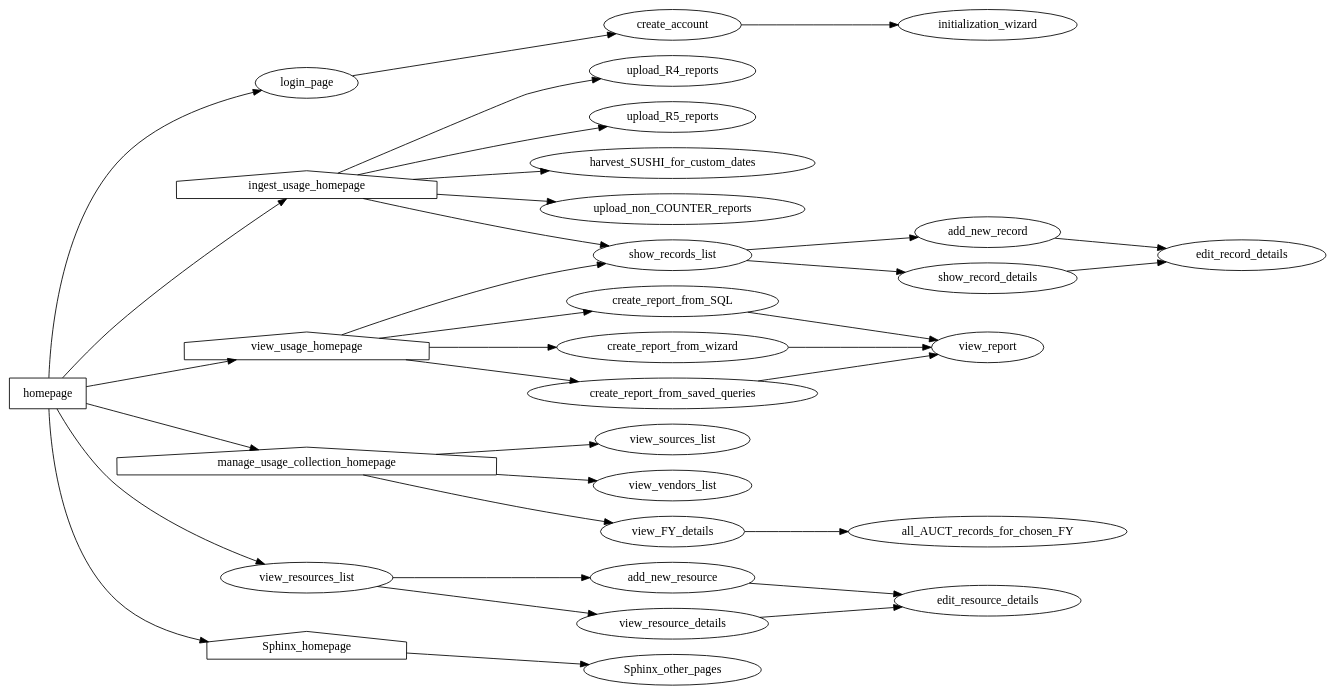
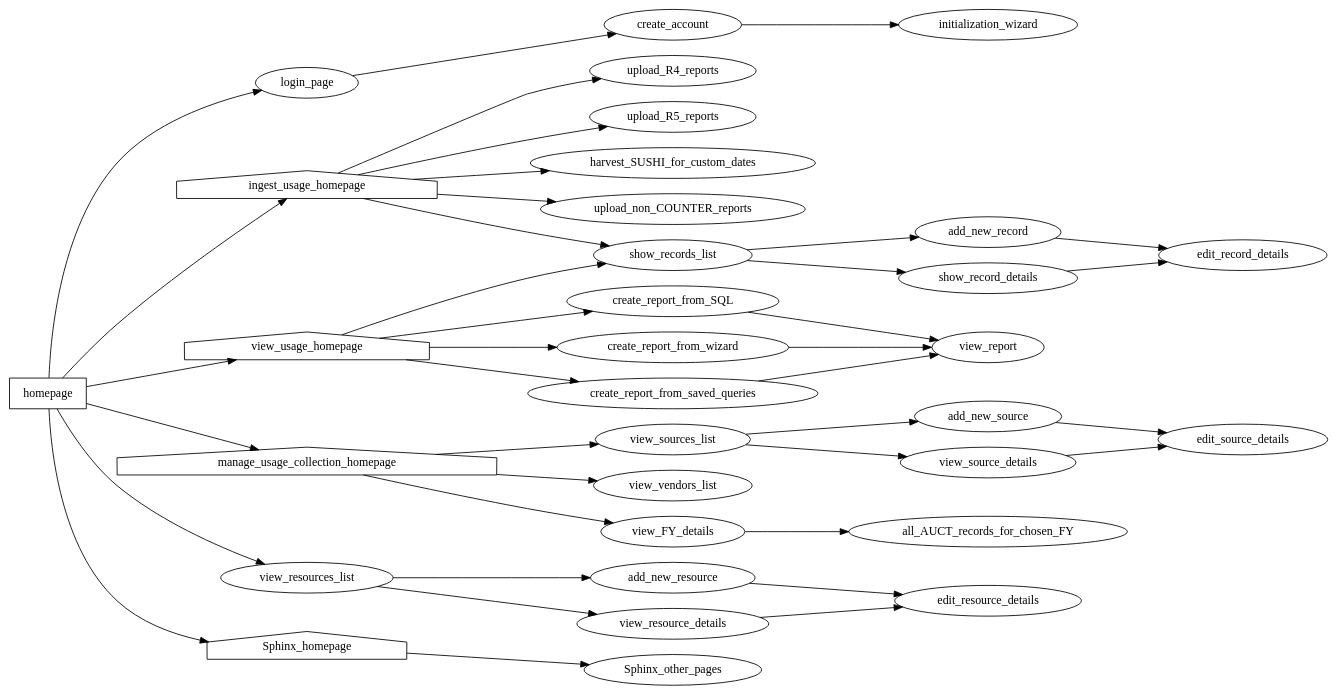
The diagram in docs/source/sitemap.dot (ereiskind/nolcat), drawn with Graphviz before and after one commit. The commit also changed 2 other files, not shown here.

Commit message:
Create `view_sources` blueprint

```diff
--- a/docs/source/sitemap.dot
+++ b/docs/source/sitemap.dot
@@ -1,108 +1,120 @@
 digraph nolcat_sitemap {
     /* *** NoLCAT SITEMAP *** */
     rankdir=LR
 
 
     /* *** Main NoLCAT Folder *** */
     homepage [shape="box"]
         homepage -> login_page
         homepage -> ingest_usage_homepage
         homepage -> manage_usage_collection_homepage
         homepage -> view_resources_list
         homepage -> view_usage_homepage
         homepage -> Sphinx_homepage
     
 
     /* *** `login` Blueprint *** */
     login_page
         login_page -> create_account
     // Account creation may not be needed--a single set of credentials for each user type may be created instead
     create_account
         create_account -> initialization_wizard // Page in `ingest` section; linkage because program will request data for database initialization upon creation of first account
     // And any other pages needed for authentication
 
 
     /* *** `initialization` Blueprint *** */
     initialization_wizard
 
 
     /* *** `ingest_usage` Blueprint *** */
     ingest_usage_homepage [shape="house"]
         ingest_usage_homepage -> upload_R4_reports
         ingest_usage_homepage -> upload_R5_reports
         ingest_usage_homepage -> harvest_SUSHI_for_custom_dates
         ingest_usage_homepage -> upload_non_COUNTER_reports
     upload_R4_reports
     upload_R5_reports
     harvest_SUSHI_for_custom_dates
     upload_non_COUNTER_reports
 
 
     /* *** `annual_stats` Blueprint *** */
     manage_usage_collection_homepage [shape="house"]
         manage_usage_collection_homepage -> view_sources_list // For StatisticsSources and ResourceSources
         manage_usage_collection_homepage -> view_vendors_list
         manage_usage_collection_homepage -> view_FY_details // The FY for which the details will be shown is selected before going to the page
     view_FY_details
         view_FY_details -> all_AUCT_records_for_chosen_FY
     all_AUCT_records_for_chosen_FY
 
 
     /* *** `view_resources` Blueprint *** */
     // At present, resources are purely generated by SUSHI R5 harvests and have no notes atached to them. How should notes be incorporated? Should editing the list or its entries be allowed? Is this where non-title extra data should be used--saved in a table with fields for the data and the metadata label, which is displayed here with Jinja? What about non-COUNTER resources?
     view_resources_list
         view_resources_list -> add_new_resource
         view_resources_list -> view_resource_details
     add_new_resource
         add_new_resource -> edit_resource_details // To provide info for the new resource
     view_resource_details
         view_resource_details -> edit_resource_details
     edit_resource_details // Includes adding or editing notes
+
+
+    /* *** `view_sources` Blueprint *** */
+    // StatisticsSources and ResourceSources are similar enough in structure and purpose that the same Flask logic and Jinja templates can be used
+    view_sources_list
+        view_sources_list -> add_new_source
+        view_sources_list -> view_source_details
+    add_new_source
+        add_new_source -> edit_source_details // To provide info for the new source
+    view_source_details
+        view_source_details -> edit_source_details
+    edit_source_details // Includes adding or editing notes
     
 
 
 
 
     /* ******************************************************************************************* */
     
 
 
     /* *** `ingest` Blueprint *** */
     ingest_usage_homepage [shape="house"]
 
         ingest_usage_homepage -> show_records_list
    
 
     /* *** `view` Blueprint *** */
     view_usage_homepage [shape="house"]
         view_usage_homepage -> create_report_from_SQL
         view_usage_homepage -> create_report_from_wizard
         view_usage_homepage -> create_report_from_saved_queries
         view_usage_homepage -> show_records_list
     
     
     // Pages for Querying and Displaying Usage Data
     create_report_from_SQL // Runs a custom SQL statement against the database
         create_report_from_SQL -> view_report
     create_report_from_wizard // GUI options are used to write SQL behind the scenes
         create_report_from_wizard -> view_report
     create_report_from_saved_queries // SQL statements that are either complete or only ask for one input for commonly asked questions
         create_report_from_saved_queries -> view_report
     view_report
 
     // Pages for Viewing, Adding, and Editing Records to a Relation
     show_records_list
         show_records_list -> add_new_record
         show_records_list -> show_record_details
     add_new_record
         add_new_record -> edit_record_details // To provide info for the new record
     show_record_details
         show_record_details -> edit_record_details
     edit_record_details // Includes adding or editing notes
 
 
     /* *** Sphinx *** */
     Sphinx_homepage [shape="house"]
         Sphinx_homepage -> Sphinx_other_pages
     Sphinx_other_pages // Use Sphinx itself for site organization
 }
```
